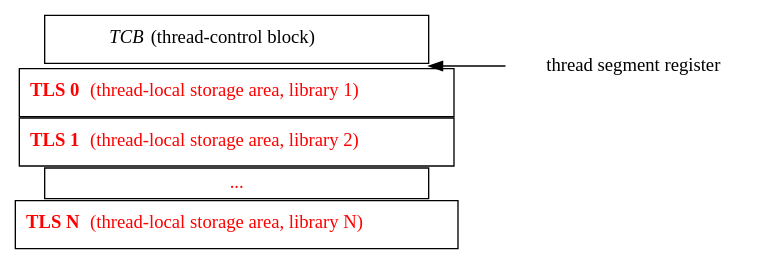
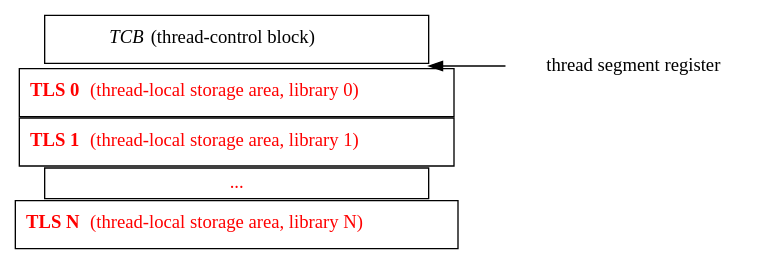
The diagram in figs/procimg_perthd.dot (solb/thesis), drawn with Graphviz before and after one commit.

Commit message:
figs/procimg_perthd.dot: Synchronize library and libset numbering

```diff
--- a/figs/procimg_perthd.dot
+++ b/figs/procimg_perthd.dot
@@ -1,16 +1,16 @@
 strict digraph {
 	nodesep=0;
 	rankdir=LR;
 	node [shape=box];
 	node [width=4];
 
 	tlsn [label=<<b>TLS N</b> (thread-local storage area, library N)>, fontcolor=red];
 	tls [label="...", fontcolor=red, height=0.25];
-	tls2 [label=<<b>TLS 1</b> (thread-local storage area, library 2)>, fontcolor=red];
-	tls1 [label=<<b>TLS 0</b> (thread-local storage area, library 1)>, fontcolor=red];
+	tls2 [label=<<b>TLS 1</b> (thread-local storage area, library 1)>, fontcolor=red];
+	tls1 [label=<<b>TLS 0</b> (thread-local storage area, library 0)>, fontcolor=red];
 	zero [shape=none, height=0, label=""];
 	tcb [label=<<i>TCB</i> (thread-control block)>];
 
 	0 [shape=none, width=default, label="thread segment register"];
 	zero -> 0 [dir=back];
 }
```
